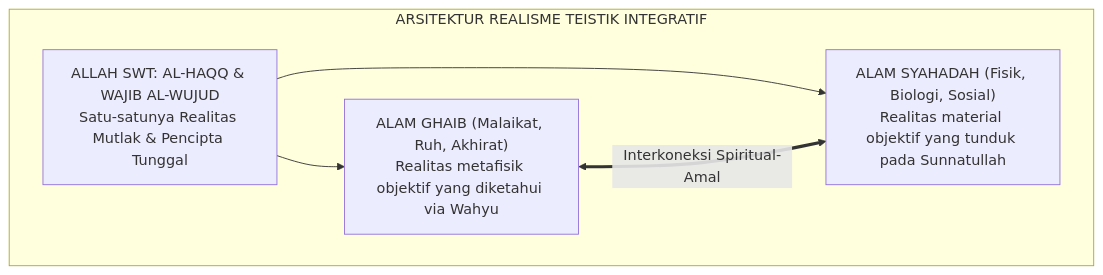
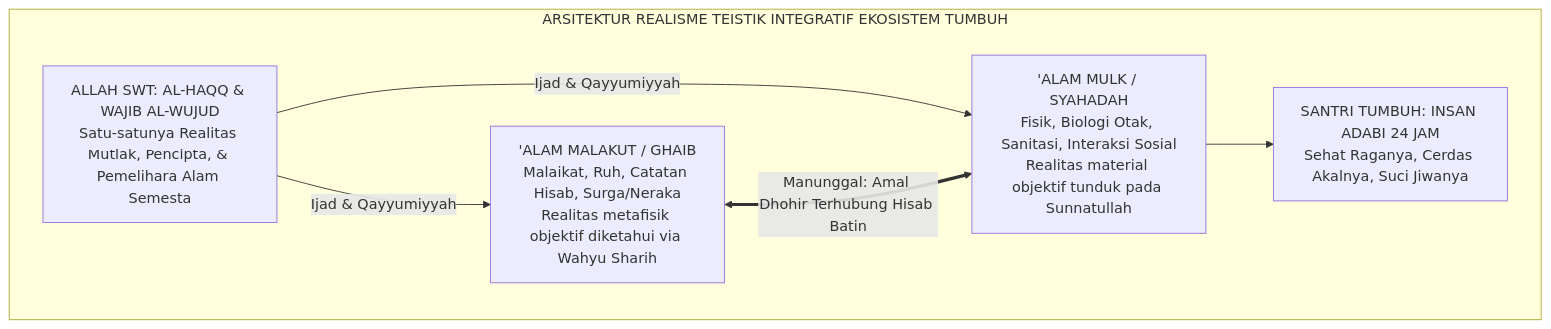
Before and after one commit to wandiapriliyandi/tumbuh: the eighth of 8 diagrams in 01 Philosophy/01 Worldview/P1-01-01-05-Sintesis-Filosofis.md, drawn with Mermaid. The commit also changed other lines of this file, not shown here.

Commit message:
feat(worldview): penyusunan monograf terpadu P1-01-01-05 Sintesis Filosofis Hakikat Realitas (Deklarasi Realisme Teistik Integratif, Dekonstruksi 4 Mazhab Barat, dan 37 Catatan Kaki)

````diff
--- a/01 Philosophy/01 Worldview/P1-01-01-05-Sintesis-Filosofis.md
+++ b/01 Philosophy/01 Worldview/P1-01-01-05-Sintesis-Filosofis.md
@@ -25,13 +309,15 @@
 ```mermaid
 graph TD
-    subgraph PosisiTUMBUH["ARSITEKTUR REALISME TEISTIK INTEGRATIF"]
-        Khaliq["ALLAH SWT: AL-HAQQ & WAJIB AL-WUJUD<br/>Satu-satunya Realitas Mutlak & Pencipta Tunggal"]
+    subgraph PosisiTUMBUH["ARSITEKTUR REALISME TEISTIK INTEGRATIF EKOSISTEM TUMBUH"]
+        Khaliq["ALLAH SWT: AL-HAQQ & WAJIB AL-WUJUD<br/>Satu-satunya Realitas Mutlak, Pencipta, & Pemelihara Alam Semesta"]
         
-        AlamGhaib["ALAM GHAIB (Malaikat, Ruh, Akhirat)<br/>Realitas metafisik objektif yang diketahui via Wahyu"]
-        AlamSyahadah["ALAM SYAHADAH (Fisik, Biologi, Sosial)<br/>Realitas material objektif yang tunduk pada Sunnatullah"]
+        AlamGhaib["'ALAM MALAKUT / GHAIB<br/>Malaikat, Ruh, Catatan Hisab, Surga/Neraka<br/>Realitas metafisik objektif diketahui via Wahyu Sharih"]
+        AlamSyahadah["'ALAM MULK / SYAHADAH<br/>Fisik, Biologi Otak, Sanitasi, Interaksi Sosial<br/>Realitas material objektif tunduk pada Sunnatullah"]
         
-        Khaliq --> AlamGhaib
-        Khaliq --> AlamSyahadah
-        AlamGhaib <==>|Interkoneksi Spiritual-Amal| AlamSyahadah
+        Khaliq -->|Ijad & Qayyumiyyah| AlamGhaib
+        Khaliq -->|Ijad & Qayyumiyyah| AlamSyahadah
+        AlamGhaib <==>|Manunggal: Amal Dhohir Terhubung Hisab Batin| AlamSyahadah
+        
+        AlamSyahadah --> OutputSantri["SANTRI TUMBUH: INSAN ADABI 24 JAM<br/>Sehat Raganya, Cerdas Akalnya, Suci Jiwanya"]
     end
 ```
````
